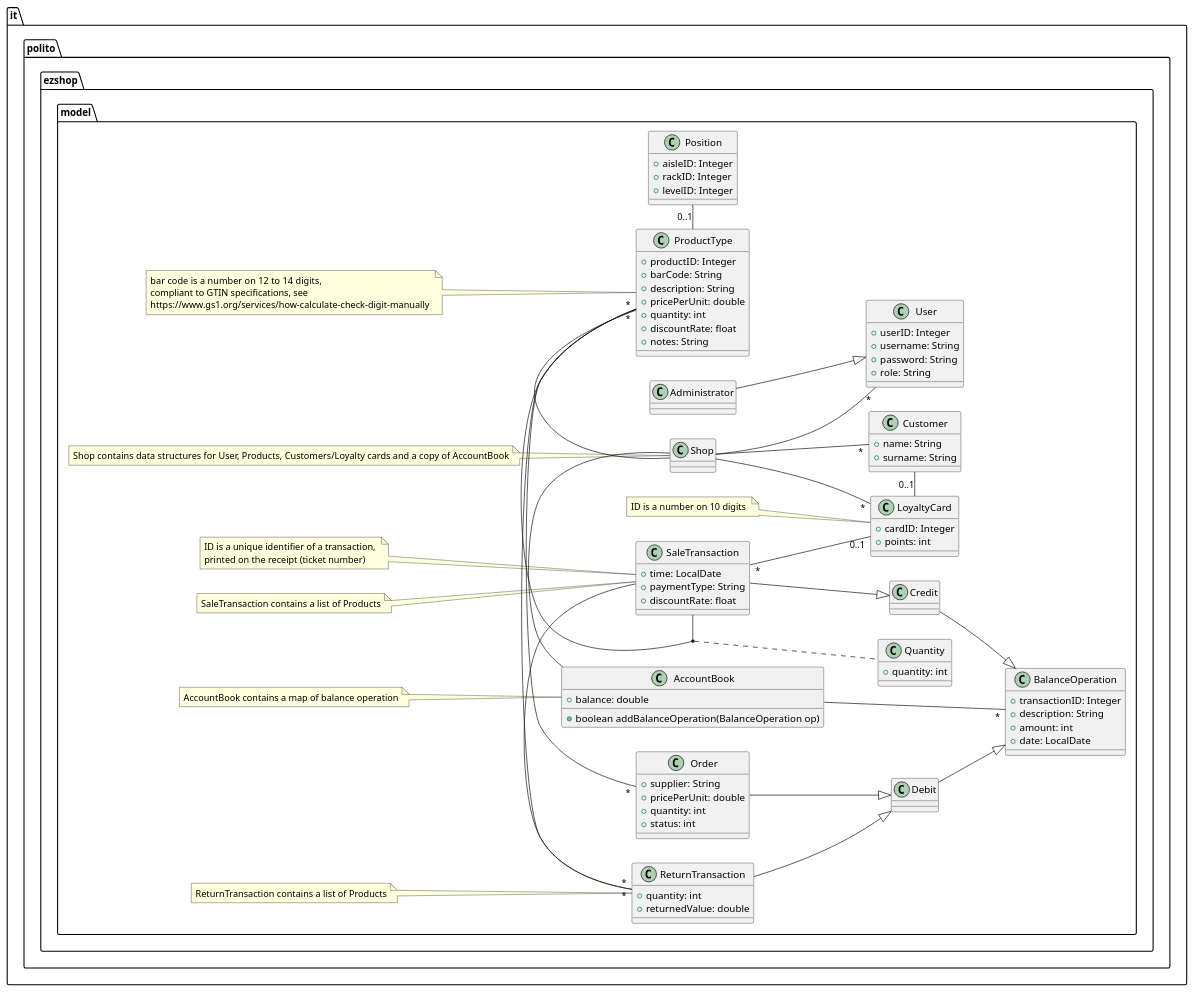
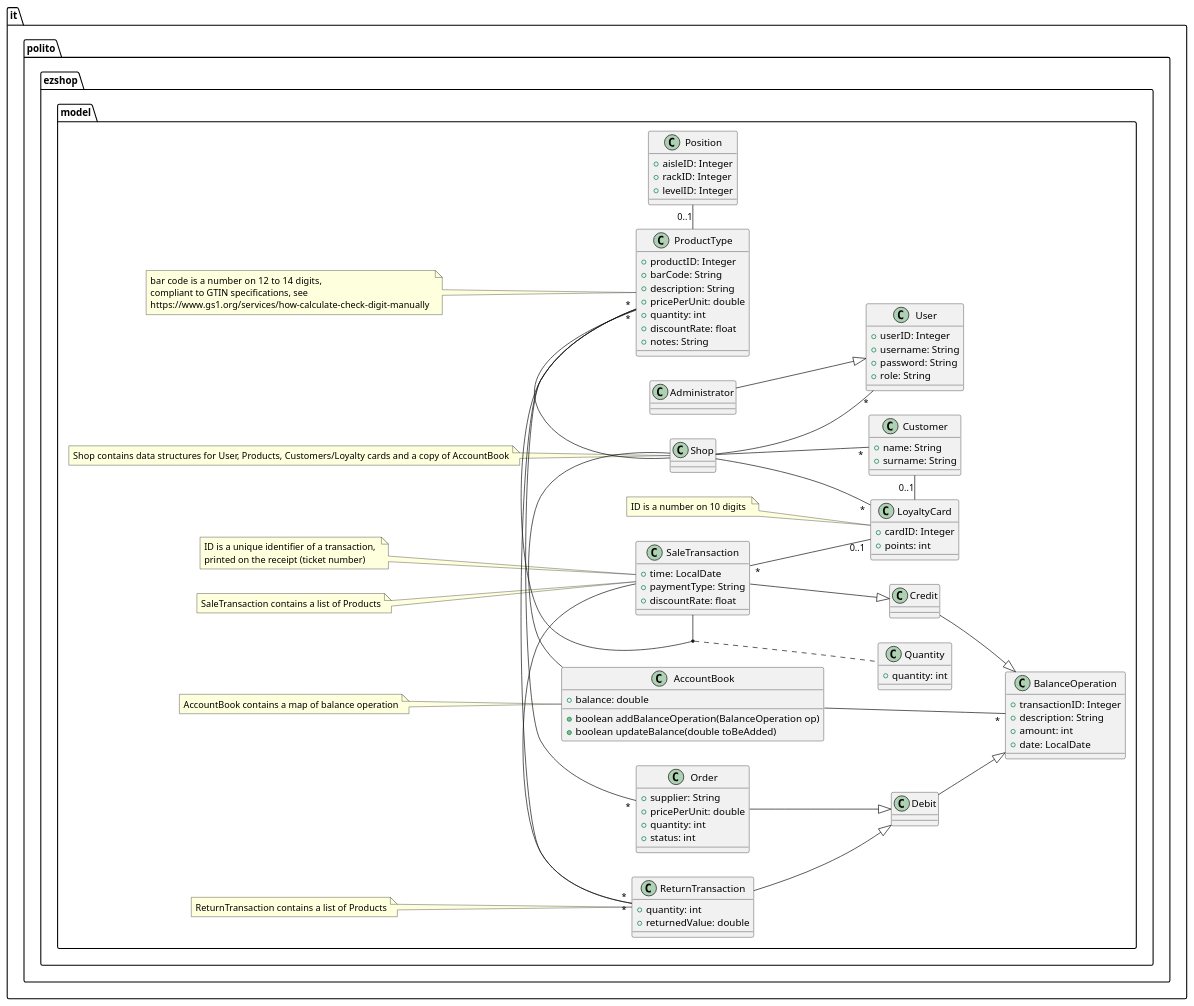
The third of 19 diagrams in Deliverables/DesignDocument.md (Stormz4/group20-EzShop), drawn with PlantUML before and after one commit. The commit also changed other lines of this file, not shown here.

Commit message:
Doc: Updated sequence

```diff
--- a/Deliverables/DesignDocument.md
+++ b/Deliverables/DesignDocument.md
@@ -170,6 +173,7 @@
 class AccountBook {
  +balance: double
  +boolean addBalanceOperation(BalanceOperation op)
+ +boolean updateBalance(double toBeAdded)
 }
 AccountBook - Shop
 class BalanceOperation {
```
